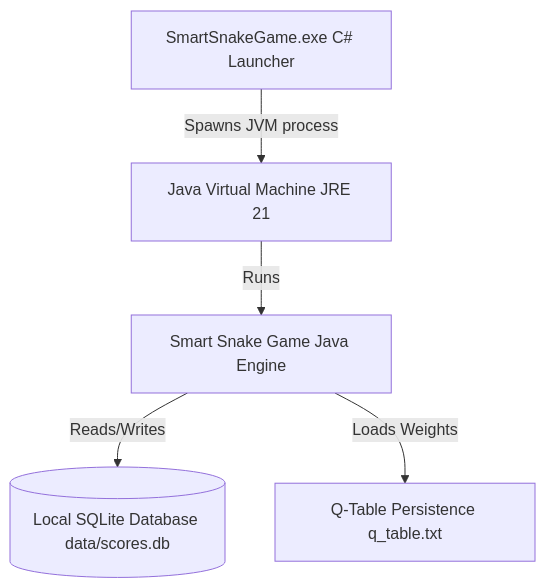
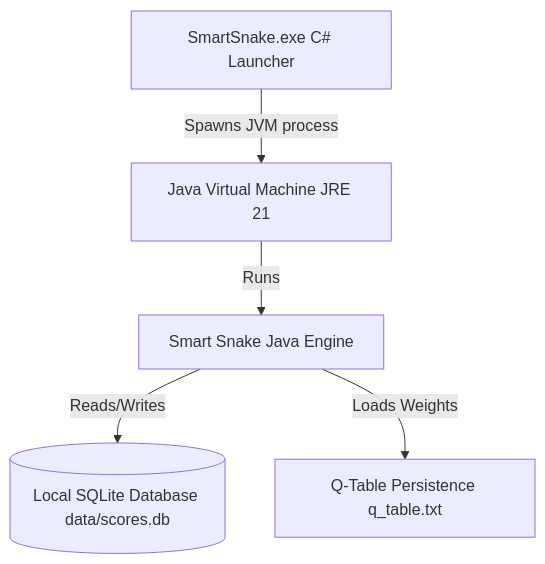
One commit to SufiyanAasim/smart-snake changed the first of 2 diagrams in docs/architecture/Architecture.md. Above: the diagram before and after it, drawn with Mermaid. The commit also changed other lines of this file and 51 other files, not shown here.

````diff
--- a/docs/architecture/Architecture.md
+++ b/docs/architecture/Architecture.md
@@ -10,7 +10,7 @@
 ```mermaid
 graph TD
-    Launcher[SmartSnakeGame.exe C# Launcher] -->|Spawns JVM process| JVM[Java Virtual Machine JRE 21]
-    JVM -->|Runs| App[Smart Snake Game Java Engine]
+    Launcher[SmartSnake.exe C# Launcher] -->|Spawns JVM process| JVM[Java Virtual Machine JRE 21]
+    JVM -->|Runs| App[Smart Snake Java Engine]
     App -->|Reads/Writes| DB[(Local SQLite Database data/scores.db)]
     App -->|Loads Weights| QT[Q-Table Persistence q_table.txt]
 ```
````
